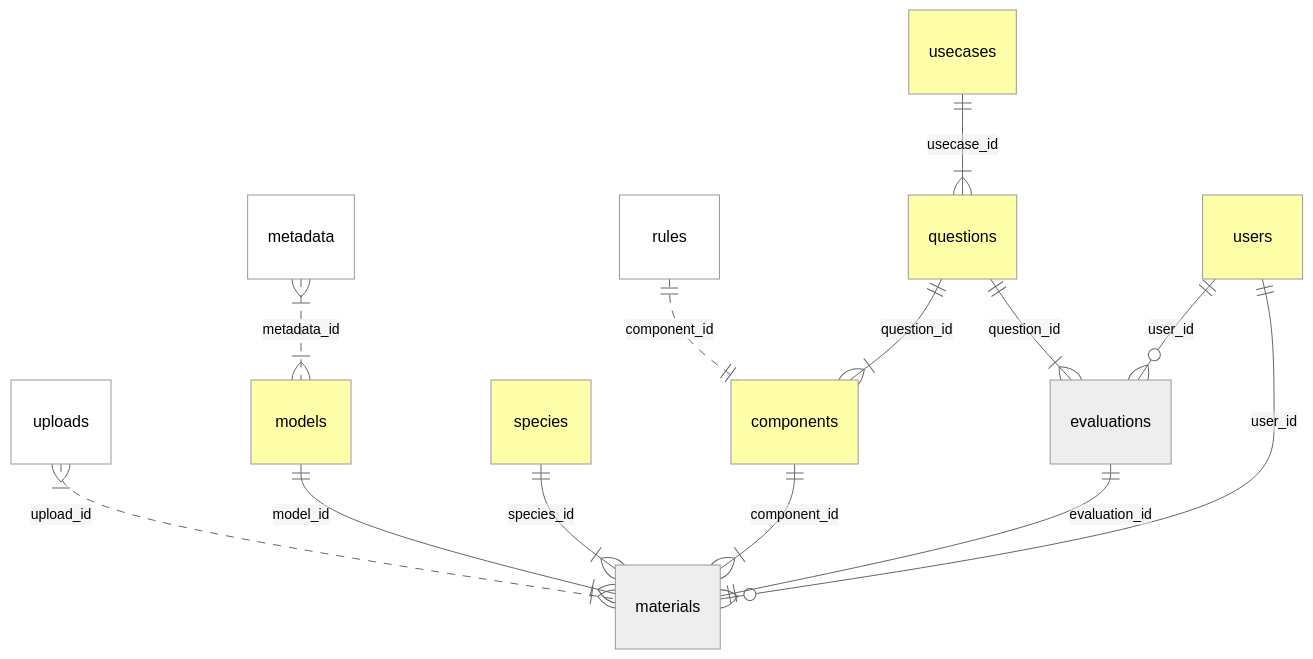
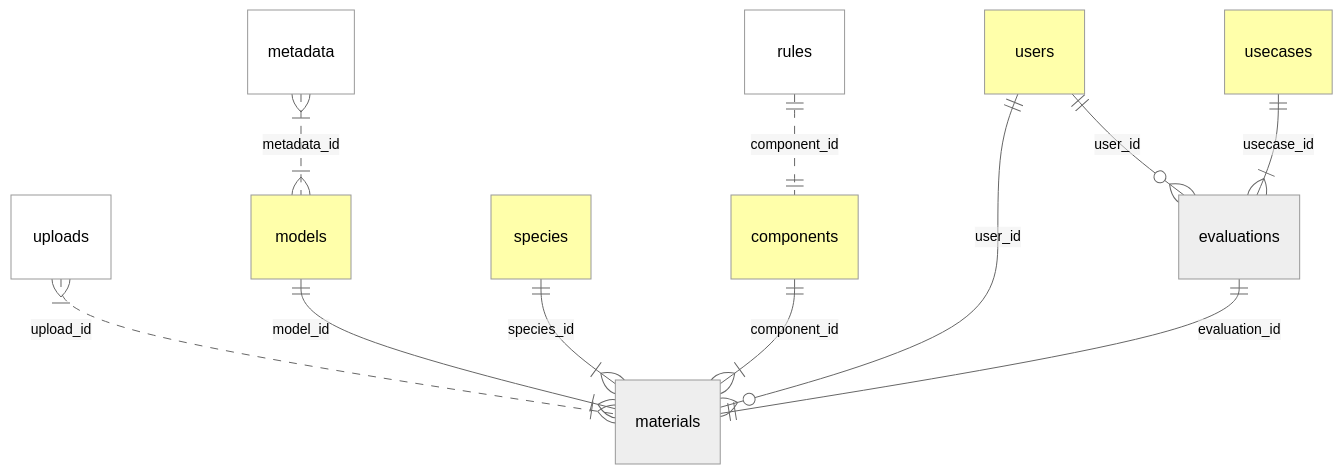
One commit to LandSciTech/sdmEvaluationTool changed the diagram in spec/README.Rmd. Above: the diagram before and after it, drawn with Mermaid (neutral theme). The commit also changed other lines of this file and 2 other files, not shown here.

````diff
--- a/spec/README.Rmd
+++ b/spec/README.Rmd
@@ -63,27 +63,24 @@
 ```mermaid
 erDiagram
     uploads }|..|{ materials : upload_id
     style uploads fill:#fff
     metadata }|..|{ models : metadata_id
     style metadata fill:#fff
 
     models ||--|{ materials : model_id
     style models fill:#ffa
     species ||--|{ materials : species_id
     style species fill:#ffa
 
     rules ||..|| components : component_id
     style rules fill:#fff
     components ||--|{ materials : component_id
-    usecases ||--|{ questions : usecase_id
-    style usecases fill:#ffa
-    style questions fill:#ffa
+    style components fill:#ffa
     users ||--o{ materials : user_id
     style users fill:#ffa
     users ||--o{ evaluations : user_id
 
-    style components fill:#ffa
-    questions ||--|{ evaluations : question_id
-    questions ||--|{ components : question_id
+    usecases ||--|{ evaluations : usecase_id
+    style usecases fill:#ffa
     evaluations ||--|| materials : evaluation_id
 ```
````
